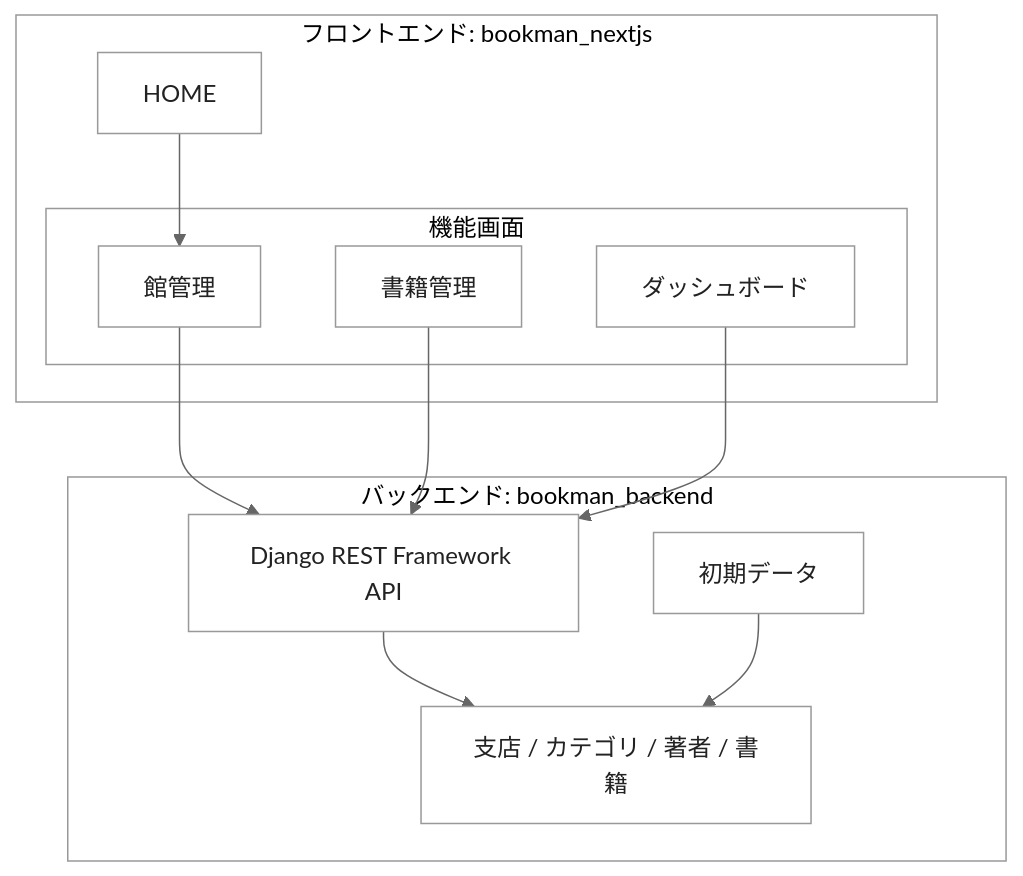
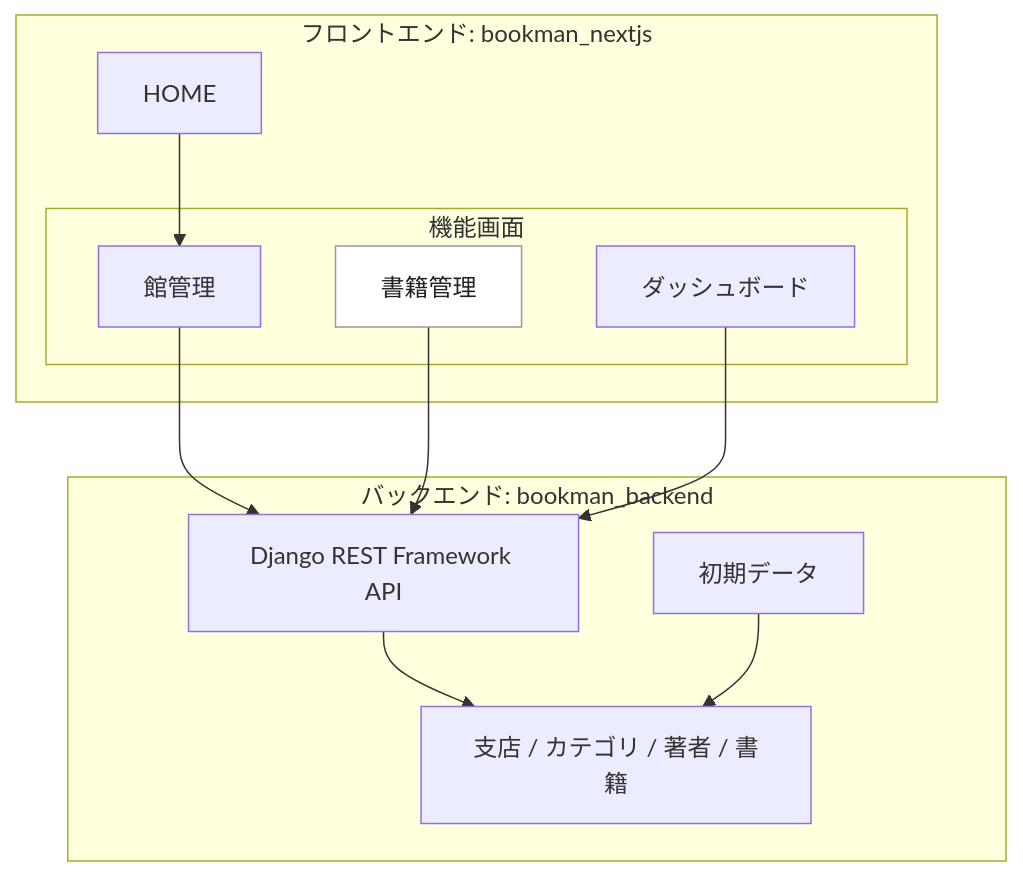
One commit to duri0214/portfolio changed the diagram in docs/qiita/bookman_drf_nextjs.md. Above: the diagram before and after it, drawn with Mermaid.

Commit message:
872 Restore compatible Mermaid syntax

````diff
--- a/docs/qiita/bookman_drf_nextjs.md
+++ b/docs/qiita/bookman_drf_nextjs.md
@@ -36,27 +36,26 @@
 ```mermaid
-%%{init: {'theme': 'base', 'themeVariables': {'primaryColor': '#ffffff', 'primaryTextColor': '#222222', 'primaryBorderColor': '#999999', 'lineColor': '#666666', 'clusterBkg': '#ffffff', 'clusterBorder': '#999999', 'secondaryColor': '#ffffff', 'tertiaryColor': '#ffffff'}}}%%
 graph TB
   subgraph frontend[フロントエンド: bookman_nextjs]
     home[HOME]
     subgraph screens[機能画面]
       branch[館管理]
       bookScreen[書籍管理]
       dashboard[ダッシュボード]
     end
   end
 
   subgraph backend[バックエンド: bookman_backend]
     drf[Django REST Framework API]
     models[支店 / カテゴリ / 著者 / 書籍]
     fixtures[初期データ]
   end
 
   home --> branch
   branch --> drf
   bookScreen --> drf
   dashboard --> drf
   drf --> models
   fixtures --> models
 
-  classDef default fill:#ffffff,stroke:#999999,stroke-width:1px,color:#222222;
+  style bookScreen fill:#ffffff,stroke:#999999,stroke-width:1px,color:#222222
 ```
````
